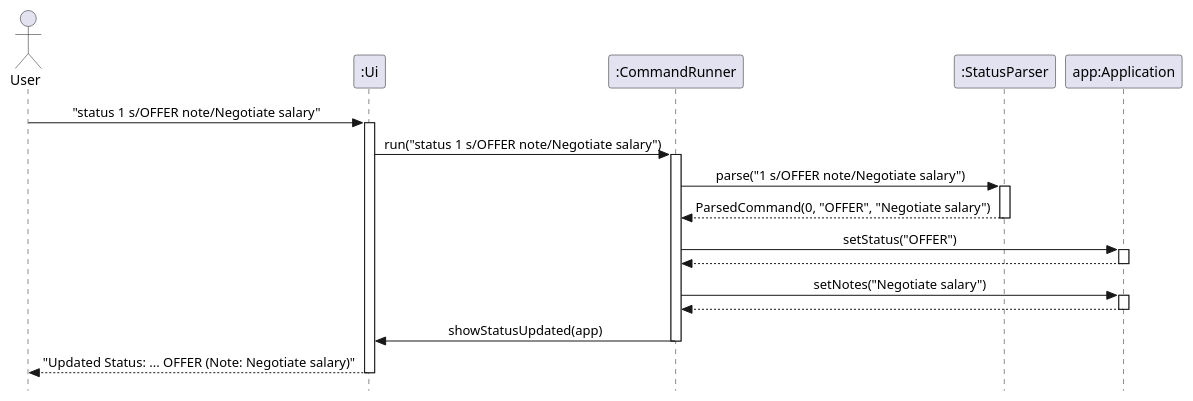
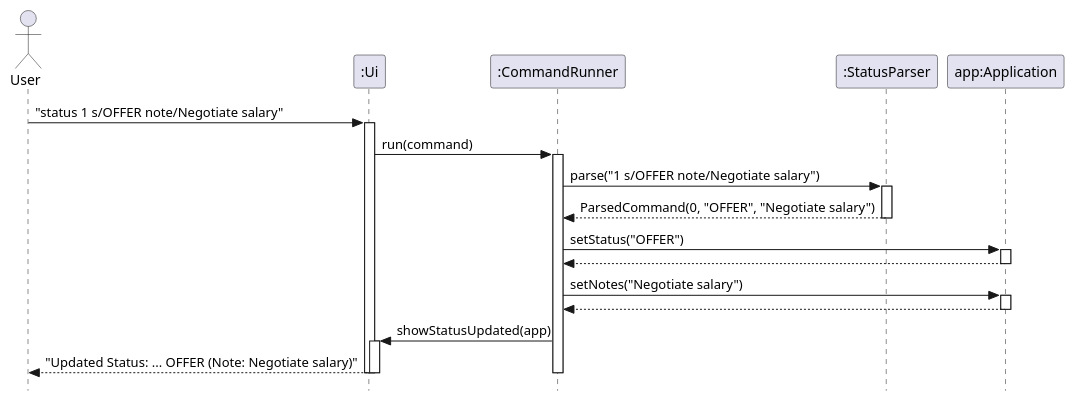
One commit to lab3ll3/tp changed the diagram in docs/diagrams/status/sequence.puml. Above: the diagram before and after it, drawn with PlantUML. The commit also changed 3 other files, not shown here.

Commit message:
Docs: Update Filter sequence diagram with loop logic

```diff
--- a/docs/diagrams/status/sequence.puml
+++ b/docs/diagrams/status/sequence.puml
@@ -2,37 +2,37 @@
 @startuml
 skinparam Style strictuml
-skinparam SequenceMessageAlignment center
-
 actor User
 participant ":Ui" as Ui
 participant ":CommandRunner" as CommandRunner
 participant ":StatusParser" as StatusParser
 participant "app:Application" as Application
 
 User -> Ui : "status 1 s/OFFER note/Negotiate salary"
 activate Ui
 
-Ui -> CommandRunner : run("status 1 s/OFFER note/Negotiate salary")
+Ui -> CommandRunner : run(command)
 activate CommandRunner
 
 CommandRunner -> StatusParser : parse("1 s/OFFER note/Negotiate salary")
 activate StatusParser
 StatusParser --> CommandRunner : ParsedCommand(0, "OFFER", "Negotiate salary")
 deactivate StatusParser
 
 CommandRunner -> Application : setStatus("OFFER")
 activate Application
 Application --> CommandRunner
 deactivate Application
 
 CommandRunner -> Application : setNotes("Negotiate salary")
 activate Application
 Application --> CommandRunner
 deactivate Application
 
 CommandRunner -> Ui : showStatusUpdated(app)
-deactivate CommandRunner
-
+activate Ui
 Ui --> User : "Updated Status: ... OFFER (Note: Negotiate salary)"
 deactivate Ui
+
+deactivate CommandRunner
+deactivate Ui
 @enduml
```
